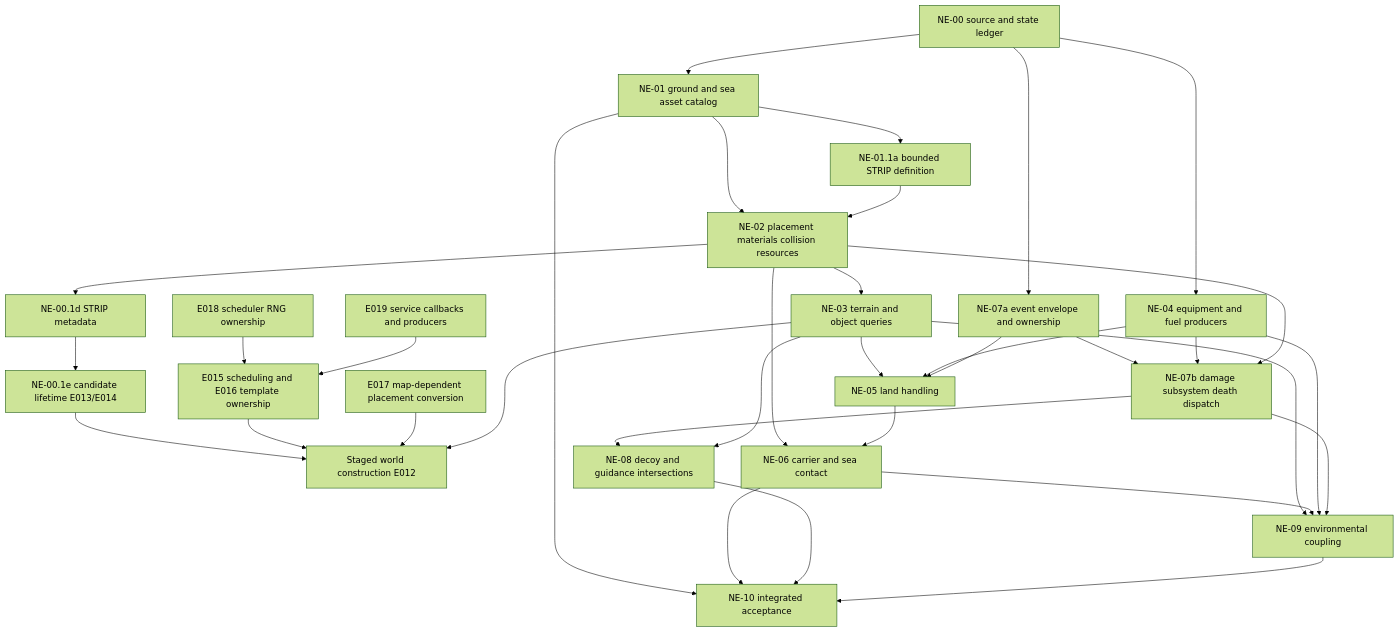
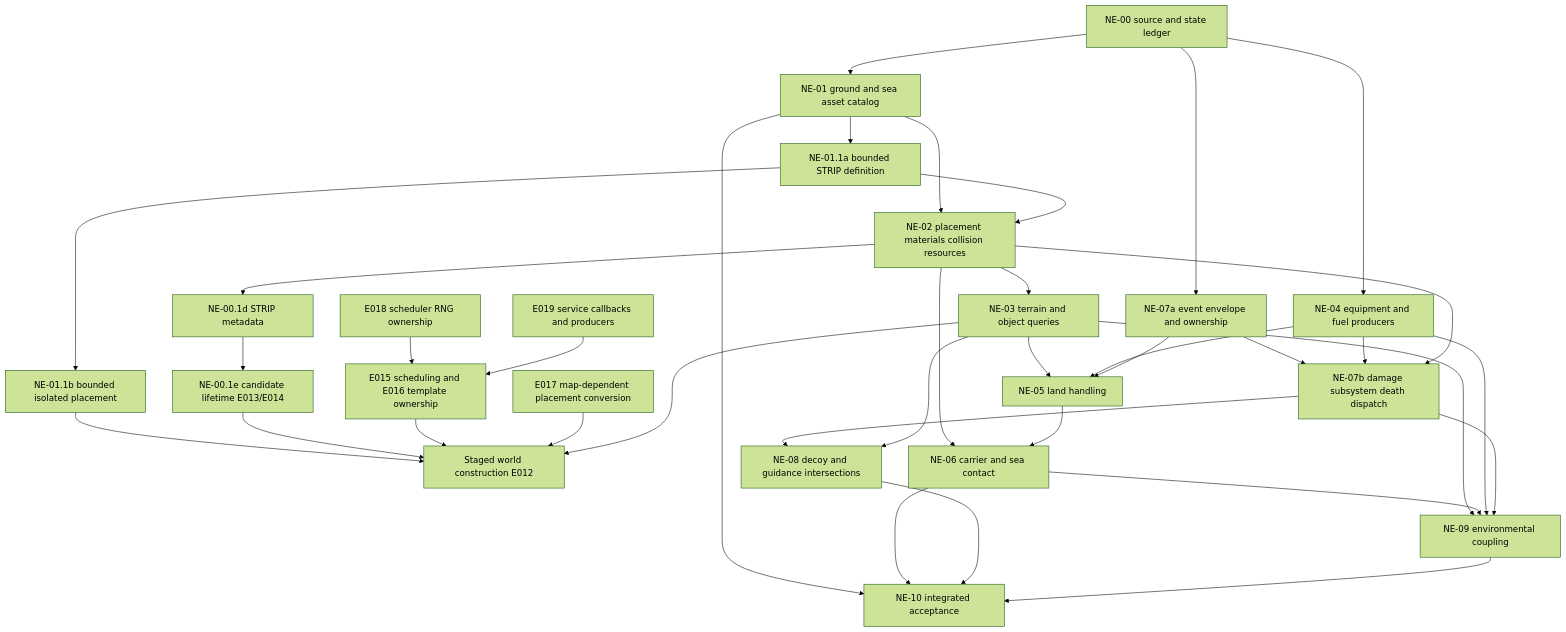
The diagram in docs/native-environment-systems-plan.md (john-overton/T.O.R.E-Fighters), drawn with Mermaid (forest theme) before and after one commit. The commit also changed other lines of this file and 9 other files, not shown here.

Commit message:
Read bounded isolated STRIP placement inputs

````diff
--- a/docs/native-environment-systems-plan.md
+++ b/docs/native-environment-systems-plan.md
@@ -167,36 +168,38 @@
 ```mermaid
 flowchart TD
   A[NE-00 source and state ledger] --> B[NE-01 ground and sea asset catalog]
   B --> C[NE-02 placement materials collision resources]
   B --> O[NE-01.1a bounded STRIP definition]
+  O --> Q[NE-01.1b bounded isolated placement]
+  Q --> W
   O --> C
   C --> S[NE-00.1d STRIP metadata]
   S --> R[NE-00.1e candidate lifetime E013/E014]
   R --> W[Staged world construction E012]
   T[E015 scheduling and E016 template ownership] --> W
   U[E018 scheduler RNG ownership] --> T
   P[E019 service callbacks and producers] --> T
   V[E017 map-dependent placement conversion] --> W
   F --> W
   A --> D[NE-04 equipment and fuel producers]
   A --> E[NE-07a event envelope and ownership]
   C --> F[NE-03 terrain and object queries]
   F --> G[NE-05 land handling]
   D --> G
   E --> G
   C --> H[NE-06 carrier and sea contact]
   G --> H
   E --> I[NE-07b damage subsystem death dispatch]
   D --> I
   C --> I
   I --> J[NE-08 decoy and guidance intersections]
   F --> J
   F --> K[NE-09 environmental coupling]
   H --> K
   D --> K
   I --> K
   B --> L[NE-10 integrated acceptance]
   H --> L
   J --> L
   K --> L
 ```
````
